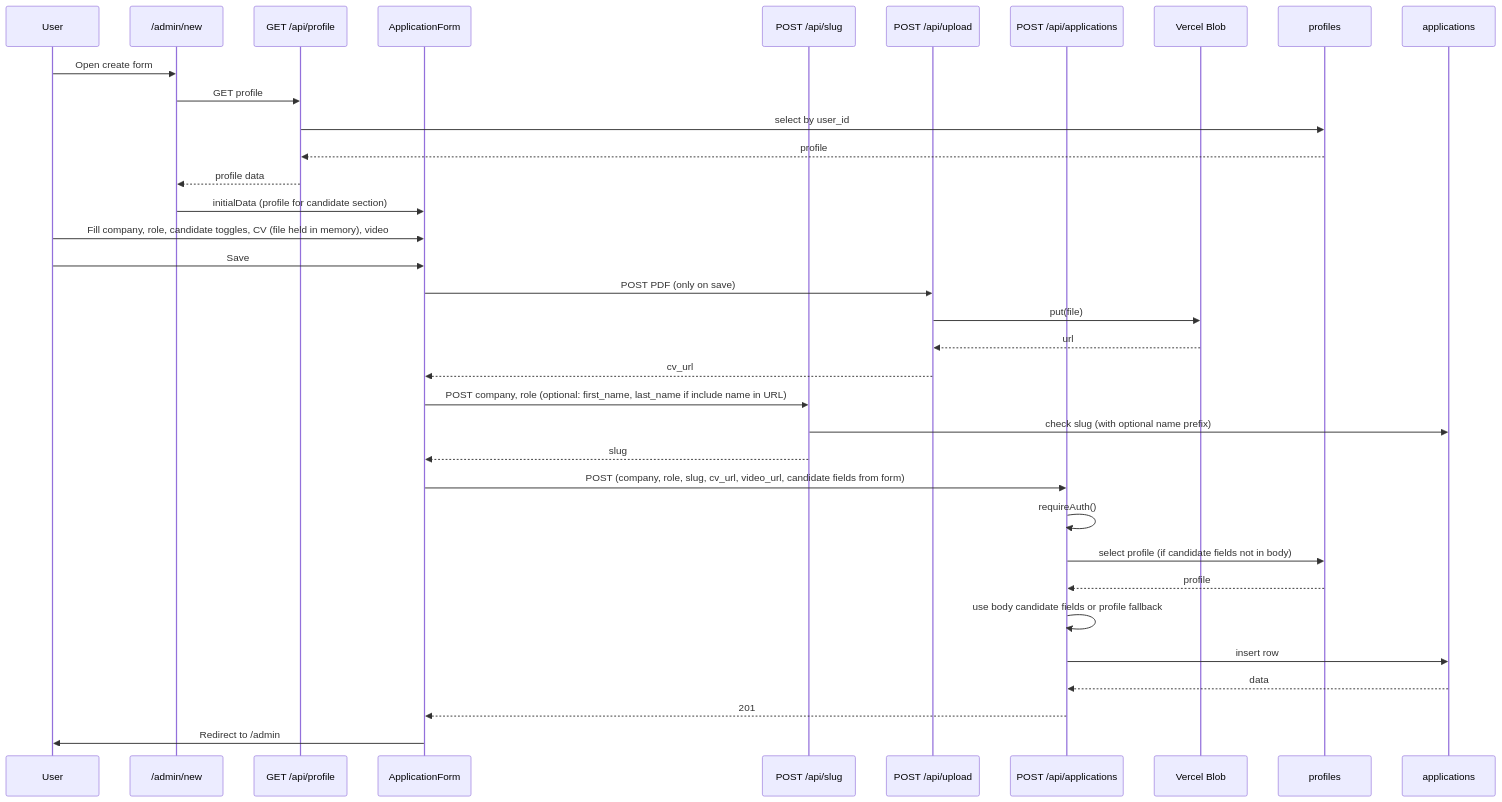
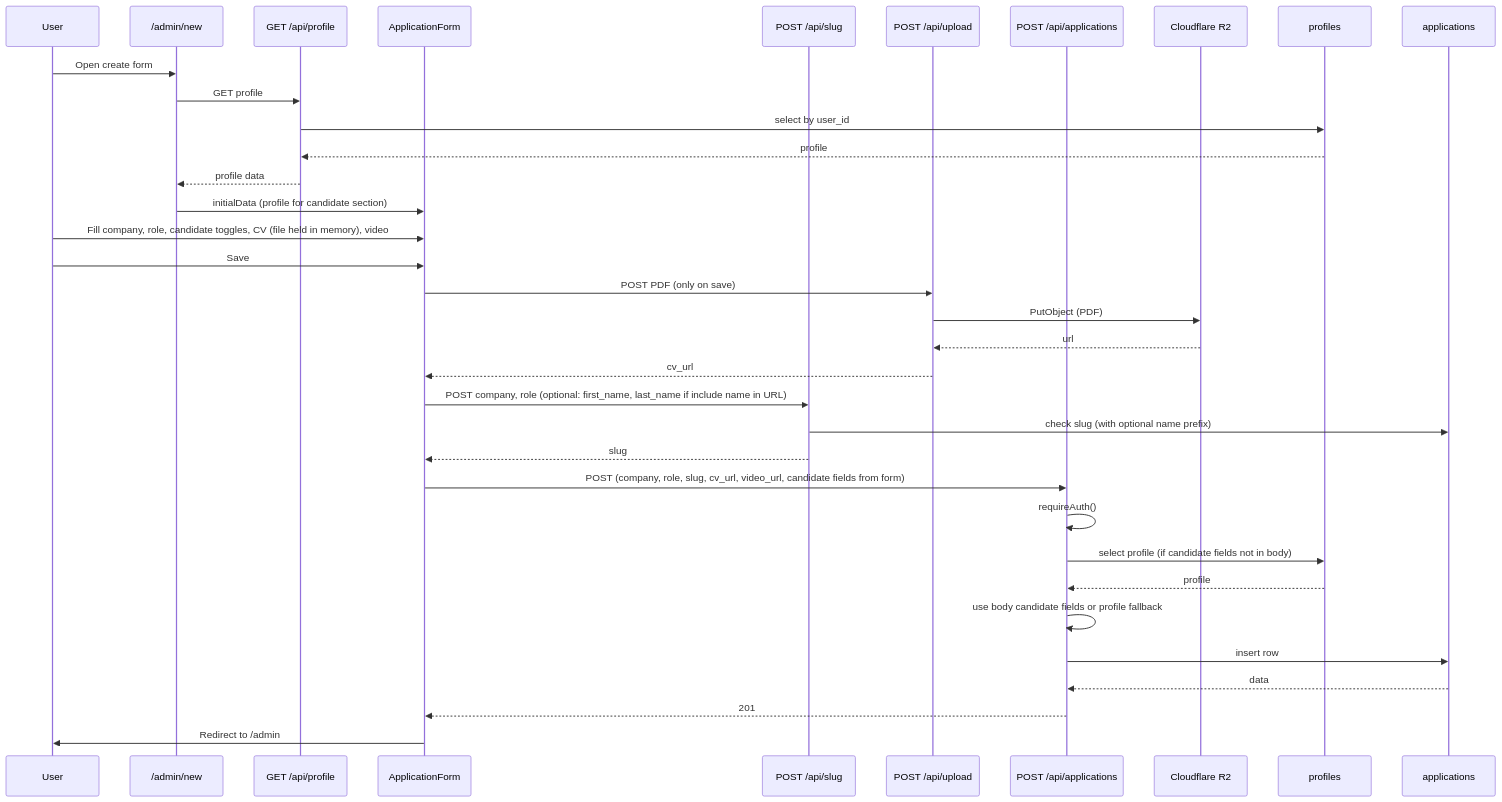
The fourth of 6 diagrams in docs/DATA_FLOW.md (joan-gerard/my-hire-view), drawn with Mermaid before and after one commit. The commit also changed other lines of this file and 22 other files, not shown here.

Commit message:
Migrate CV PDF uploads from Vercel Blob to Cloudflare R2

````diff
--- a/docs/DATA_FLOW.md
+++ b/docs/DATA_FLOW.md
@@ -109,39 +109,39 @@
 ```mermaid
 sequenceDiagram
   participant U as User
   participant NewPage as /admin/new
   participant ProfileAPI as GET /api/profile
   participant Form as ApplicationForm
   participant SlugAPI as POST /api/slug
   participant UploadAPI as POST /api/upload
   participant AppsAPI as POST /api/applications
-  participant Blob as Vercel Blob
+  participant R2 as Cloudflare R2
   participant Profiles as profiles
   participant Applications as applications
 
   U->>NewPage: Open create form
   NewPage->>ProfileAPI: GET profile
   ProfileAPI->>Profiles: select by user_id
   Profiles-->>ProfileAPI: profile
   ProfileAPI-->>NewPage: profile data
   NewPage->>Form: initialData (profile for candidate section)
 
   U->>Form: Fill company, role, candidate toggles, CV (file held in memory), video
   U->>Form: Save
   Form->>UploadAPI: POST PDF (only on save)
-  UploadAPI->>Blob: put(file)
-  Blob-->>UploadAPI: url
+  UploadAPI->>R2: PutObject (PDF)
+  R2-->>UploadAPI: url
   UploadAPI-->>Form: cv_url
   Form->>SlugAPI: POST company, role (optional: first_name, last_name if include name in URL)
   SlugAPI->>Applications: check slug (with optional name prefix)
   SlugAPI-->>Form: slug
   Form->>AppsAPI: POST (company, role, slug, cv_url, video_url, candidate fields from form)
   AppsAPI->>AppsAPI: requireAuth()
   AppsAPI->>Profiles: select profile (if candidate fields not in body)
   Profiles-->>AppsAPI: profile
   AppsAPI->>AppsAPI: use body candidate fields or profile fallback
   AppsAPI->>Applications: insert row
   Applications-->>AppsAPI: data
   AppsAPI-->>Form: 201
   Form->>U: Redirect to /admin
 ```
````
